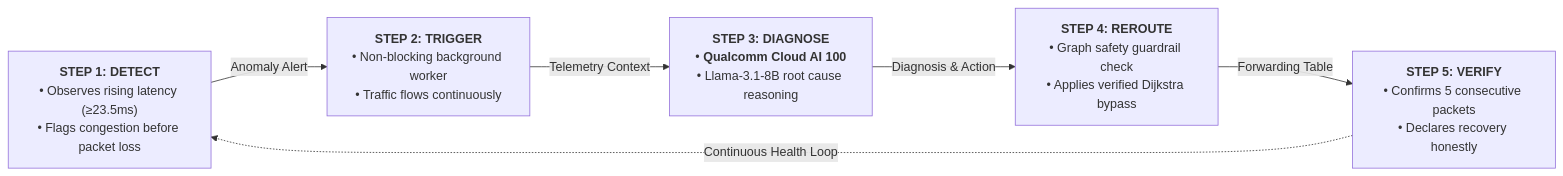
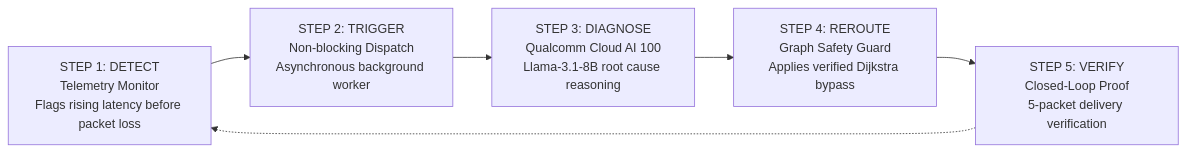
Before and after one commit to Reya-Doshi/Nexus: the second of 2 diagrams in README.md, drawn with Mermaid. The commit also changed other lines of this file, not shown here.

Commit message:
fix(docs): optimize mermaid diagram syntax for clean GitHub rendering

````diff
--- a/README.md
+++ b/README.md
@@ -73,23 +70,14 @@
 ```mermaid
 flowchart LR
-    %% Step 1: Detect
-    S1["<b>STEP 1: DETECT</b><br/>• Observes rising latency (≥23.5ms)<br/>• Flags congestion before packet loss"]
+    S1["STEP 1: DETECT<br/>Telemetry Monitor<br/>Flags rising latency before packet loss"]
+    S2["STEP 2: TRIGGER<br/>Non-blocking Dispatch<br/>Asynchronous background worker"]
+    S3["STEP 3: DIAGNOSE<br/>Qualcomm Cloud AI 100<br/>Llama-3.1-8B root cause reasoning"]
+    S4["STEP 4: REROUTE<br/>Graph Safety Guard<br/>Applies verified Dijkstra bypass"]
+    S5["STEP 5: VERIFY<br/>Closed-Loop Proof<br/>5-packet delivery verification"]
 
-    %% Step 2: Trigger
-    S2["<b>STEP 2: TRIGGER</b><br/>• Non-blocking background worker<br/>• Traffic flows continuously"]
-
-    %% Step 3: Diagnose
-    S3["<b>STEP 3: DIAGNOSE</b><br/>• <b>Qualcomm Cloud AI 100</b><br/>• Llama-3.1-8B root cause reasoning"]
-
-    %% Step 4: Validate & Reroute
-    S4["<b>STEP 4: REROUTE</b><br/>• Graph safety guardrail check<br/>• Applies verified Dijkstra bypass"]
-
-    %% Step 5: Verify
-    S5["<b>STEP 5: VERIFY</b><br/>• Confirms 5 consecutive packets<br/>• Declares recovery honestly"]
-
-    S1 -->|"Anomaly Alert"| S2
-    S2 -->|"Telemetry Context"| S3
-    S3 -->|"Diagnosis & Action"| S4
-    S4 -->|"Forwarding Table"| S5
-    S5 -.->|"Continuous Health Loop"| S1
+    S1 --> S2
+    S2 --> S3
+    S3 --> S4
+    S4 --> S5
+    S5 -.-> S1
 ```
````
